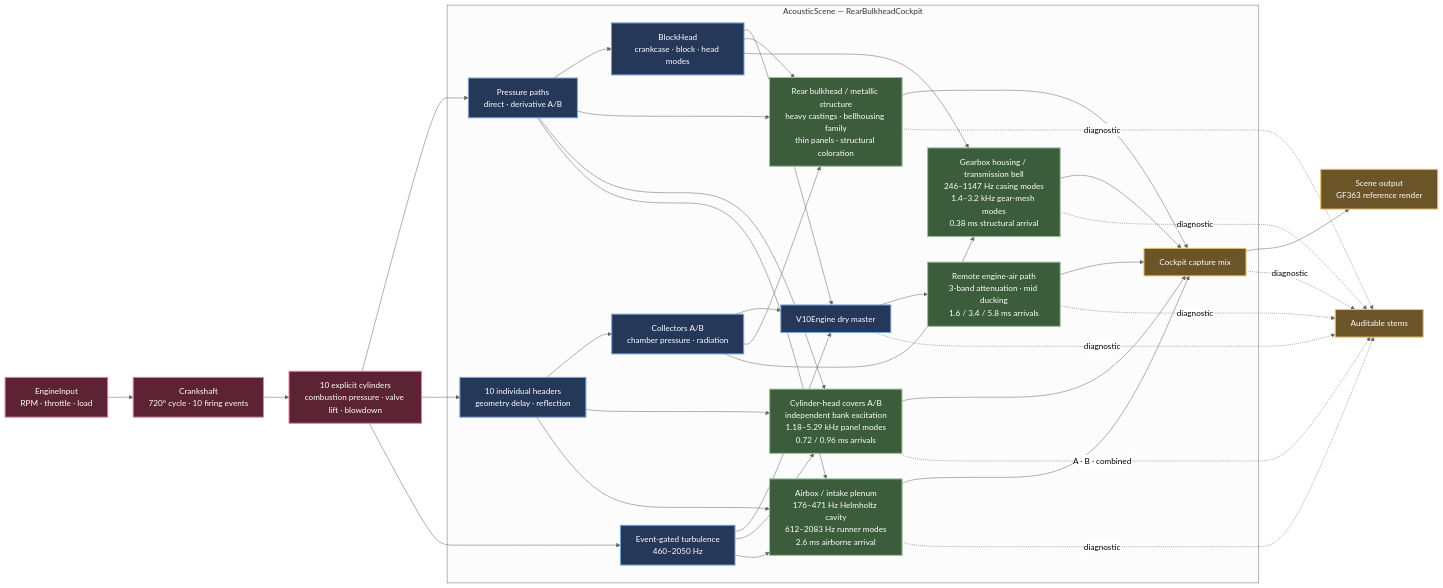
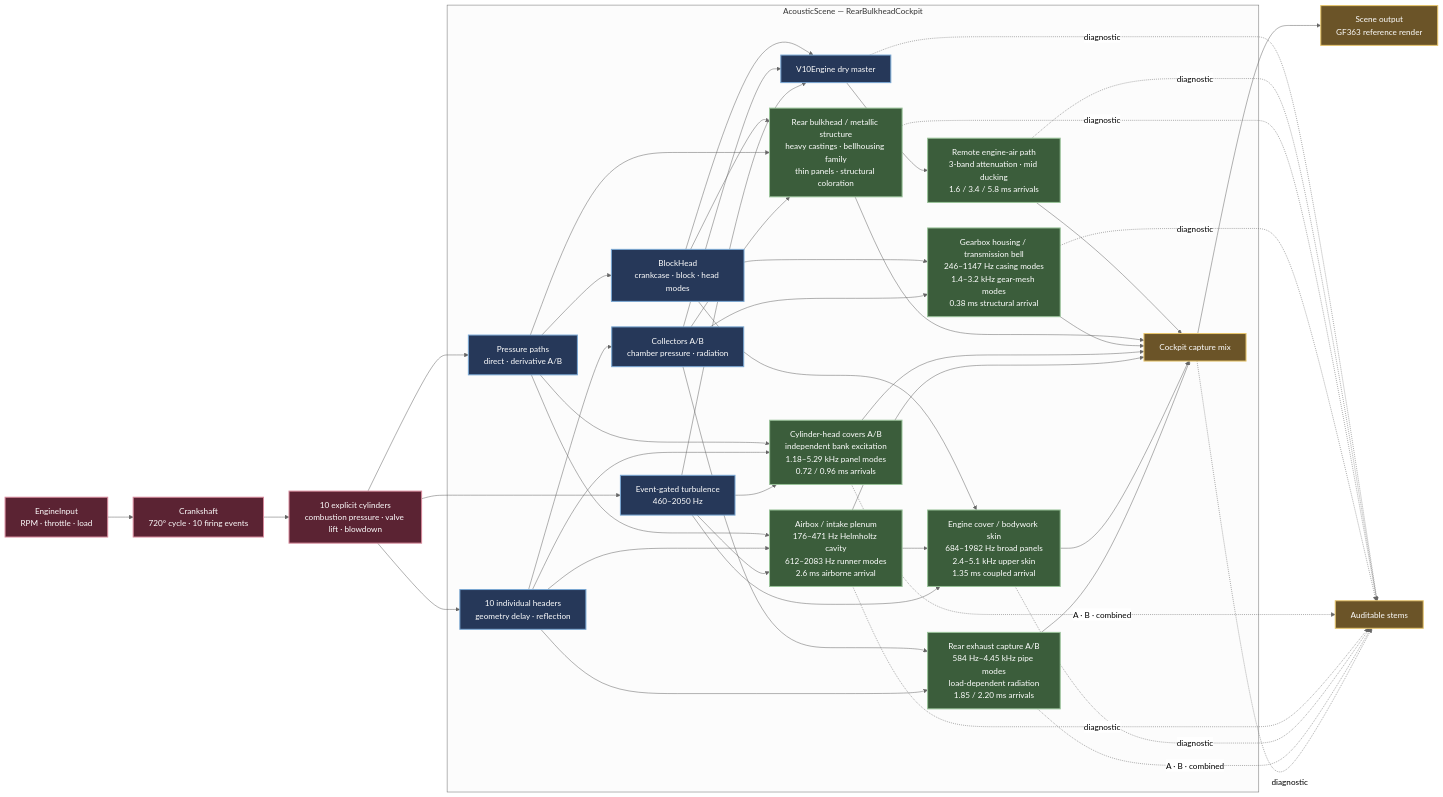
One commit to Anthony38zrgo-2/formula-90 changed the diagram in docs/V10_RUST_AUDIO_ARCHITECTURE_CURRENT.md. Above: the diagram before and after it, drawn with Mermaid (neutral theme). The commit also changed other lines of this file and 4 other files, not shown here.

````diff
--- a/docs/V10_RUST_AUDIO_ARCHITECTURE_CURRENT.md
+++ b/docs/V10_RUST_AUDIO_ARCHITECTURE_CURRENT.md
@@ -6,59 +6,70 @@
 ```mermaid
 flowchart LR
     INPUT["EngineInput<br/>RPM · throttle · load"] --> CRANK["Crankshaft<br/>720° cycle · 10 firing events"]
     CRANK --> CYL["10 explicit cylinders<br/>combustion pressure · valve lift · blowdown"]
 
     CYL --> PRESSURE["Pressure paths<br/>direct · derivative A/B"]
     CYL --> HEADERS["10 individual headers<br/>geometry delay · reflection"]
     HEADERS --> COLLECTORS["Collectors A/B<br/>chamber pressure · radiation"]
     CYL --> TURB["Event-gated turbulence<br/>460–2050 Hz"]
 
     PRESSURE --> BLOCK["BlockHead<br/>crankcase · block · head modes"]
     BLOCK --> DRY["V10Engine dry master"]
     COLLECTORS --> DRY
     TURB --> DRY
 
     subgraph SCENE["AcousticScene — RearBulkheadCockpit"]
         DRY --> AIR["Remote engine-air path<br/>3-band attenuation · mid ducking<br/>1.6 / 3.4 / 5.8 ms arrivals"]
 
         BLOCK --> BULKHEAD["Rear bulkhead / metallic structure<br/>heavy castings · bellhousing family<br/>thin panels · structural coloration"]
         PRESSURE --> BULKHEAD
         COLLECTORS --> BULKHEAD
 
         BLOCK --> GEARBOX["Gearbox housing / transmission bell<br/>246–1147 Hz casing modes<br/>1.4–3.2 kHz gear-mesh modes<br/>0.38 ms structural arrival"]
         COLLECTORS --> GEARBOX
 
         PRESSURE --> COVERS["Cylinder-head covers A/B<br/>independent bank excitation<br/>1.18–5.29 kHz panel modes<br/>0.72 / 0.96 ms arrivals"]
         HEADERS --> COVERS
         TURB --> COVERS
 
         PRESSURE --> AIRBOX["Airbox / intake plenum<br/>176–471 Hz Helmholtz cavity<br/>612–2083 Hz runner modes<br/>2.6 ms airborne arrival"]
         HEADERS --> AIRBOX
         TURB --> AIRBOX
 
+        BLOCK --> COVER["Engine cover / bodywork skin<br/>684–1982 Hz broad panels<br/>2.4–5.1 kHz upper skin<br/>1.35 ms coupled arrival"]
+        AIRBOX --> COVER
+        TURB --> COVER
+
+        COLLECTORS --> REAR["Rear exhaust capture A/B<br/>584 Hz–4.45 kHz pipe modes<br/>load-dependent radiation<br/>1.85 / 2.20 ms arrivals"]
+        HEADERS --> REAR
+
         AIR --> MIX["Cockpit capture mix"]
         BULKHEAD --> MIX
         GEARBOX --> MIX
         COVERS --> MIX
         AIRBOX --> MIX
+        COVER --> MIX
+        REAR --> MIX
     end
 
     MIX --> OUTPUT["Scene output<br/>GF363 reference render"]
 
     DRY -. diagnostic .-> STEMS["Auditable stems"]
     AIR -. diagnostic .-> STEMS
     BULKHEAD -. diagnostic .-> STEMS
     GEARBOX -. diagnostic .-> STEMS
     COVERS -. "A · B · combined" .-> STEMS
     AIRBOX -. diagnostic .-> STEMS
+    COVER -. diagnostic .-> STEMS
+    REAR -. "A · B · combined" .-> STEMS
     MIX -. diagnostic .-> STEMS
 
     classDef source fill:#5b2333,color:#fff,stroke:#d78a9c,stroke-width:2px;
     classDef physical fill:#263859,color:#fff,stroke:#79a7d3,stroke-width:2px;
     classDef capture fill:#3b5d3b,color:#fff,stroke:#9ac39a,stroke-width:2px;
     classDef output fill:#6b5428,color:#fff,stroke:#e7c56d,stroke-width:2px;
     class INPUT,CRANK,CYL source;
     class PRESSURE,HEADERS,COLLECTORS,TURB,BLOCK,DRY physical;
-    class AIR,BULKHEAD,GEARBOX,COVERS,AIRBOX capture;
+    class AIR,BULKHEAD,GEARBOX,COVERS,AIRBOX,COVER,REAR capture;
     class MIX,OUTPUT,STEMS output;
 ```
````
